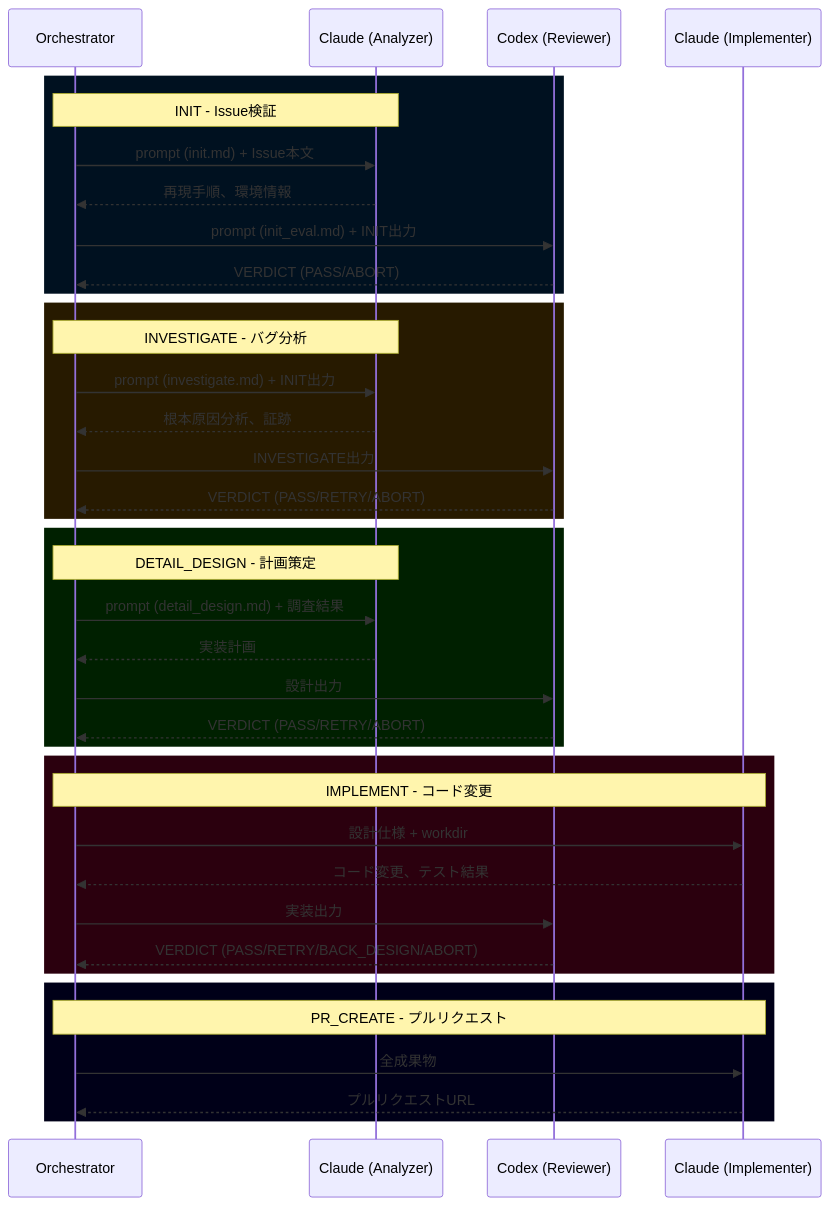
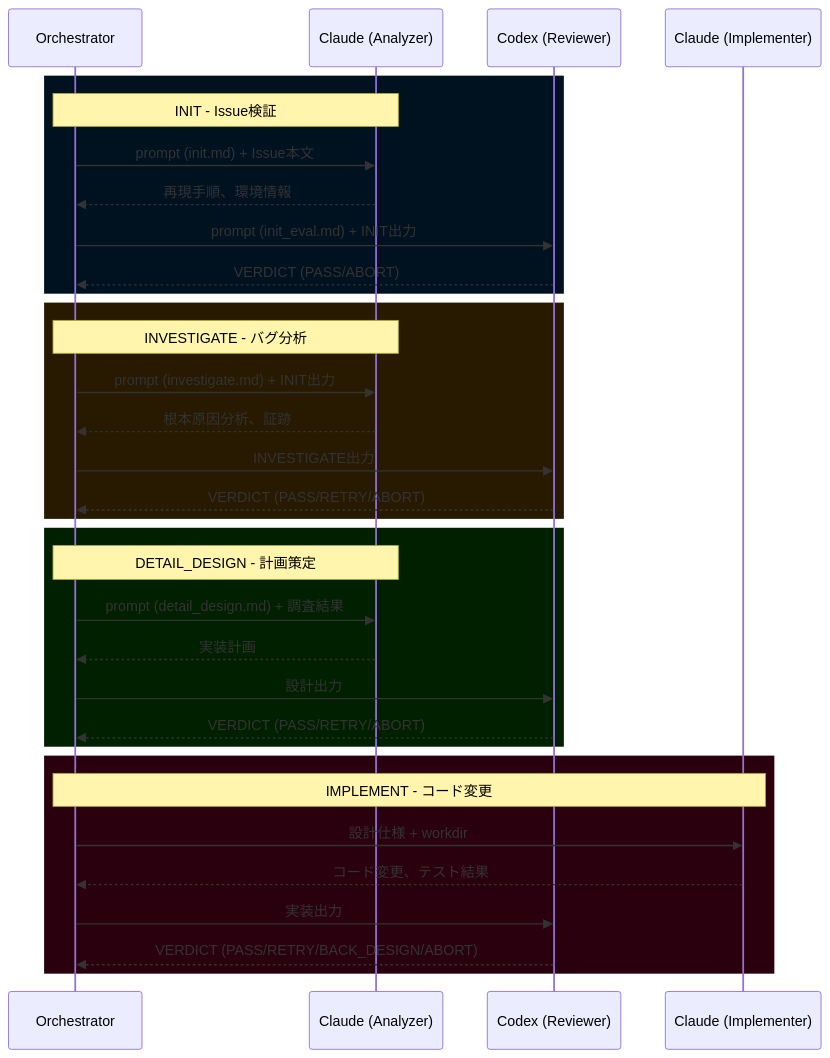
The second of 5 diagrams in docs/ARCHITECTURE.ja.md (apokamo/kaji), drawn with Mermaid before and after one commit. The commit also changed other lines of this file and 21 other files, not shown here.

````diff
--- a/docs/ARCHITECTURE.ja.md
+++ b/docs/ARCHITECTURE.ja.md
@@ -729,45 +709,41 @@
 ```mermaid
 sequenceDiagram
     participant O as Orchestrator
     participant A as Claude (Analyzer)
     participant X as Codex (Reviewer)
     participant I as Claude (Implementer)
 
     rect rgba(0, 17, 32, 1)
         Note over O,A: INIT - Issue検証
         O->>A: prompt (init.md) + Issue本文
         A-->>O: 再現手順、環境情報
         O->>X: prompt (init_eval.md) + INIT出力
         X-->>O: VERDICT (PASS/ABORT)
     end
 
     rect rgba(39, 26, 0, 1)
         Note over O,A: INVESTIGATE - バグ分析
         O->>A: prompt (investigate.md) + INIT出力
         A-->>O: 根本原因分析、証跡
         O->>X: INVESTIGATE出力
         X-->>O: VERDICT (PASS/RETRY/ABORT)
     end
 
     rect rgba(0, 32, 0, 1)
         Note over O,A: DETAIL_DESIGN - 計画策定
         O->>A: prompt (detail_design.md) + 調査結果
         A-->>O: 実装計画
         O->>X: 設計出力
         X-->>O: VERDICT (PASS/RETRY/ABORT)
     end
 
     rect rgba(43, 0, 14, 1)
         Note over O,I: IMPLEMENT - コード変更
         O->>I: 設計仕様 + workdir
         I-->>O: コード変更、テスト結果
         O->>X: 実装出力
         X-->>O: VERDICT (PASS/RETRY/BACK_DESIGN/ABORT)
     end
 
-    rect rgba(0, 0, 24, 1)
-        Note over O,I: PR_CREATE - プルリクエスト
-        O->>I: 全成果物
-        I-->>O: プルリクエストURL
-    end
+    
 ```
````
